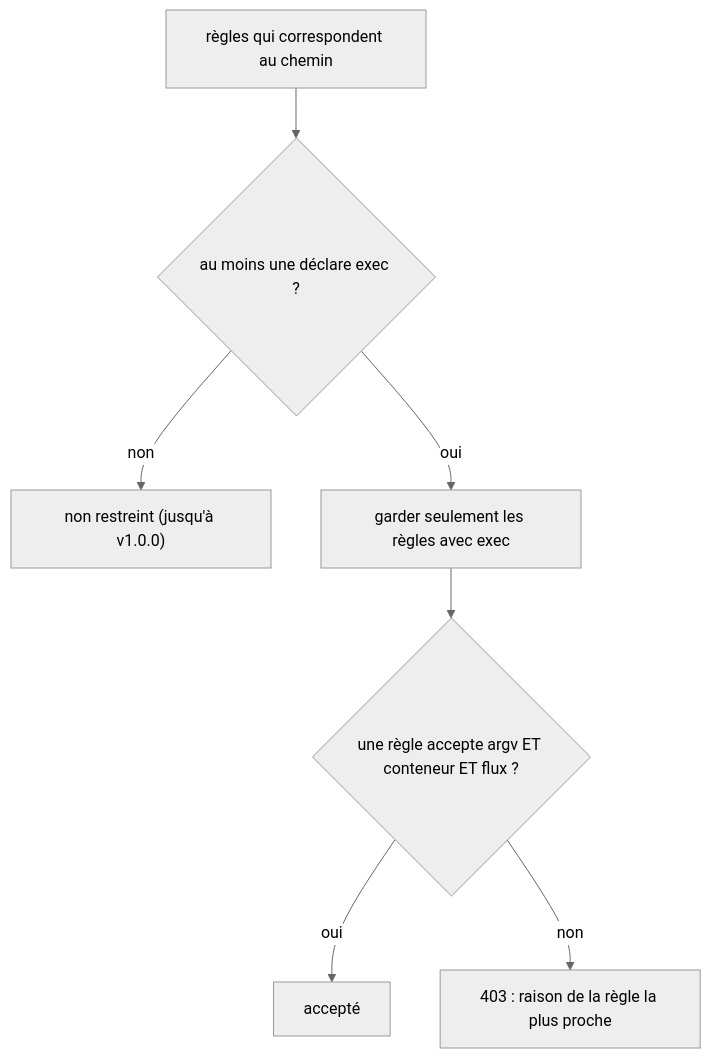
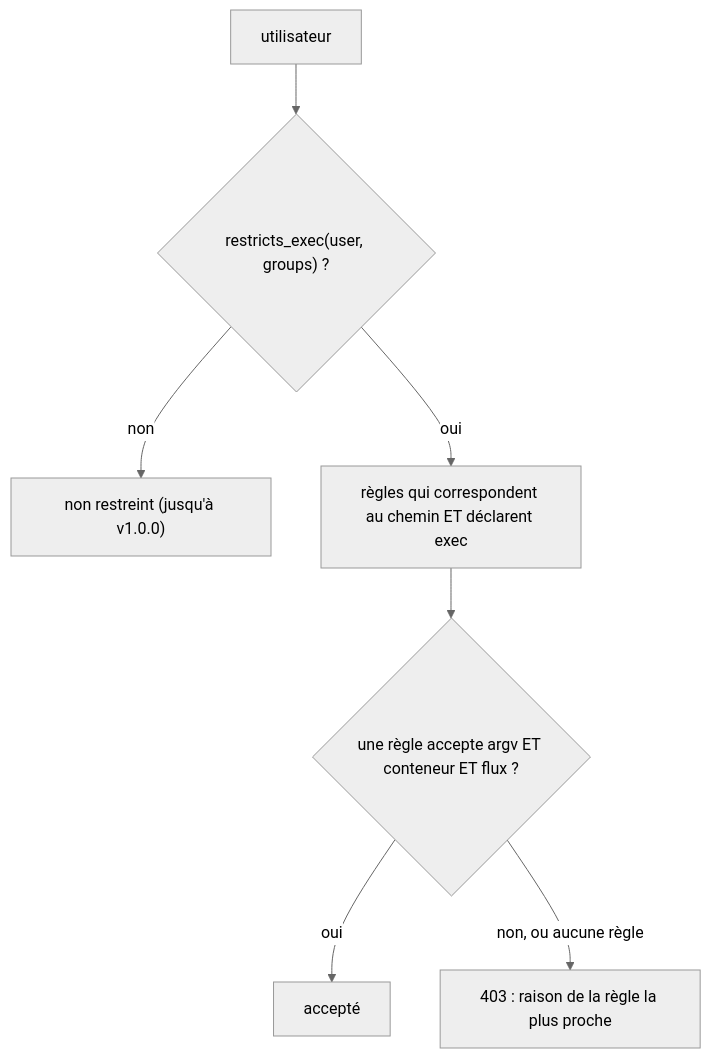
One commit to batleforc/ProxyAuthK8S changed the third of 4 diagrams in .rfc/0004-exec-attach-filtering.md. Above: the diagram before and after it, drawn with Mermaid (neutral theme). The commit also changed other lines of this file and 12 other files, not shown here.

````diff
--- a/.rfc/0004-exec-attach-filtering.md
+++ b/.rfc/0004-exec-attach-filtering.md
@@ -295,9 +333,9 @@
 ```mermaid
 flowchart TD
-    R["règles qui correspondent au chemin"] --> D{"au moins une déclare exec ?"}
+    U["utilisateur"] --> D{"restricts_exec(user, groups) ?"}
     D -->|non| A["non restreint (jusqu'à v1.0.0)"]
-    D -->|oui| F["garder seulement les règles avec exec"]
+    D -->|oui| F["règles qui correspondent au chemin ET déclarent exec"]
     F --> E{"une règle accepte argv ET conteneur ET flux ?"}
     E -->|oui| OK["accepté"]
-    E -->|non| NO["403 : raison de la règle la plus proche"]
+    E -->|non, ou aucune règle| NO["403 : raison de la règle la plus proche"]
 ```
````
